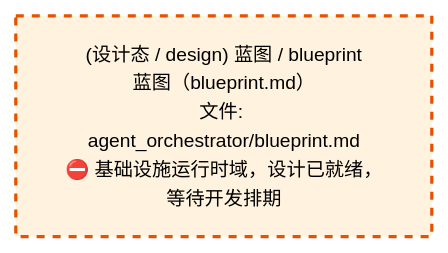
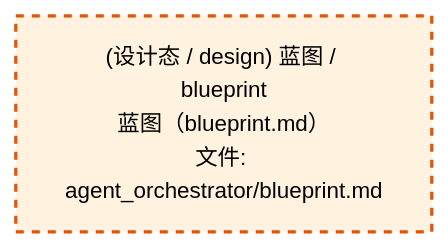
The third of 4 diagrams in docs/02_enterprise_architecture/02_domain_architecture_docs/06_d_infra_runtime.md (xuanFelixVan/ZephyrAlpha), drawn with Mermaid before and after one commit. The commit also changed other lines of this file and 61 other files, not shown here.

````diff
--- a/docs/02_enterprise_architecture/02_domain_architecture_docs/06_d_infra_runtime.md
+++ b/docs/02_enterprise_architecture/02_domain_architecture_docs/06_d_infra_runtime.md
@@ -1046,10 +1046,10 @@
 ```mermaid
-%%{init: {'theme': 'base', 'themeVariables': {'primaryColor': '#eaeaea', 'primaryTextColor': '#333333', 'primaryBorderColor': '#666666', 'lineColor': '#666666', 'secondaryColor': '#eaeaea', 'tertiaryColor': '#eaeaea', 'fontSize': '12px'}}}%%
+%%{init: {'theme': 'base', 'themeVariables': {'primaryColor': '#eaeaea', 'primaryTextColor': '#333333', 'primaryBorderColor': '#666666', 'lineColor': '#666666', 'secondaryColor': '#eaeaea', 'tertiaryColor': '#eaeaea', 'fontSize': '14px'}}}%%
 flowchart TD
-    docs_03_modules_cross_layer_agent_orchestrator_blueprint_md["(设计态 / design) 蓝图 / blueprint<br/>蓝图（blueprint.md）<br/>文件: agent_orchestrator/blueprint.md<br/>⛔ 基础设施运行时域，设计已就绪，等待开发排期"]
+    docs_03_modules_cross_layer_agent_orchestrator_blueprint_md["(设计态 / design) 蓝图 / blueprint<br/>蓝图（blueprint.md）<br/>文件: agent_orchestrator/blueprint.md"]
     classDef production fill:#e1f5fe,stroke:#01579b,stroke-width:2px,color:#000
     classDef design fill:#fff3e0,stroke:#e65100,stroke-width:2px,color:#000,stroke-dasharray: 5 5
     classDef external_prod fill:#e8f4fd,stroke:#0277bd,stroke-width:1px,color:#000
     classDef external_design fill:#fff8e7,stroke:#ef6c00,stroke-width:1px,color:#000,stroke-dasharray: 5 5
     class docs_03_modules_cross_layer_agent_orchestrator_blueprint_md design
 ```
````
